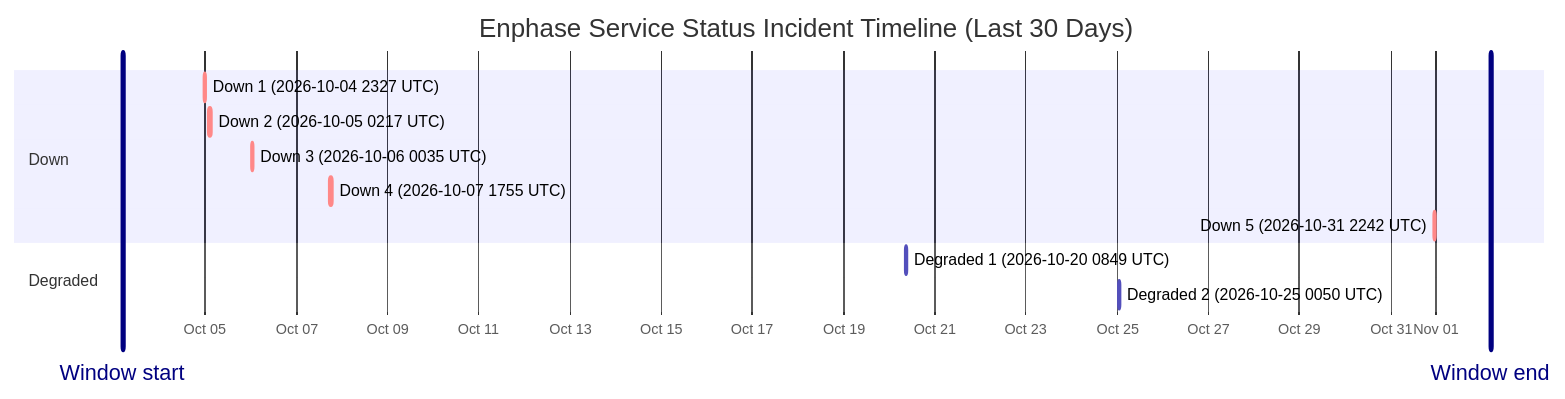
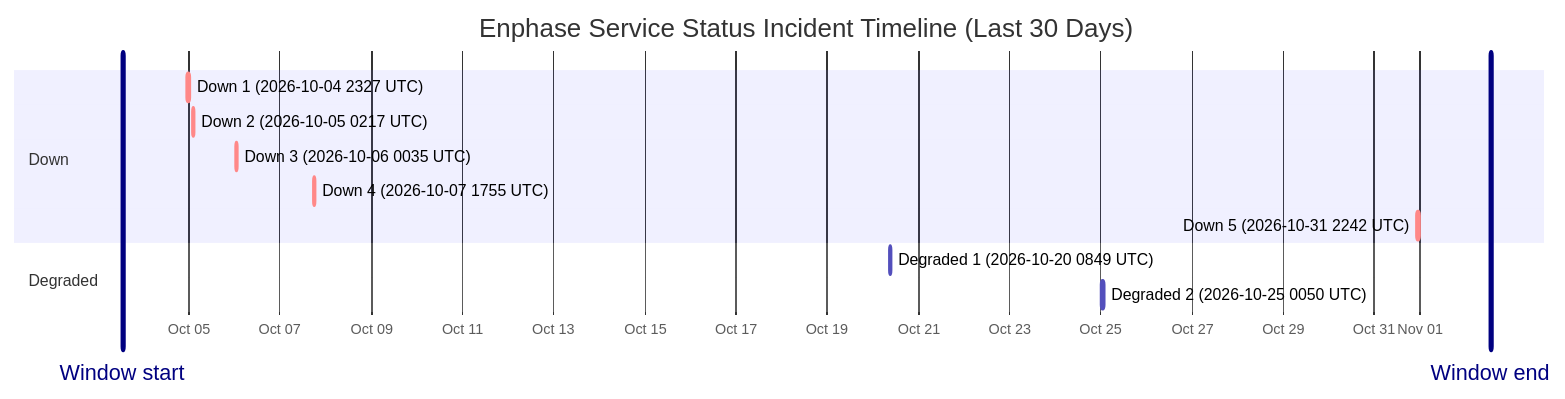
The diagram in wiki/Service-Status-History.md (barneyonline/ha-enphase-energy), drawn with Mermaid before and after one commit. The commit also changed other lines of this file and 3 other files, not shown here.

````diff
--- a/wiki/Service-Status-History.md
+++ b/wiki/Service-Status-History.md
@@ -14,17 +14,17 @@
 ```mermaid
 gantt
     title Enphase Service Status Incident Timeline (Last 30 Days)
     dateFormat  YYYY-MM-DDTHH:mm:ss
     axisFormat  %b %d
-    Window start :vert, window-start, 2026-10-03T04:31:56, 0ms
-    Window end :vert, window-end, 2026-11-02T04:31:56, 0ms
+    Window start :vert, window-start, 2026-10-03T13:05:29, 0ms
+    Window end :vert, window-end, 2026-11-02T13:05:29, 0ms
     section Down
     Down 1 (2026-10-04 2327 UTC) :crit, down-1, 2026-10-04T23:27:34, 60m
     Down 2 (2026-10-05 0217 UTC) :crit, down-2, 2026-10-05T02:17:30, 60m
     Down 3 (2026-10-06 0035 UTC) :crit, down-3, 2026-10-06T00:35:21, 60m
     Down 4 (2026-10-07 1755 UTC) :crit, down-4, 2026-10-07T17:55:16, 60m
     Down 5 (2026-10-31 2242 UTC) :crit, down-5, 2026-10-31T22:42:18, 60m
     section Degraded
     Degraded 1 (2026-10-20 0849 UTC) :active, degraded-1, 2026-10-20T08:49:49, 60m
     Degraded 2 (2026-10-25 0050 UTC) :active, degraded-2, 2026-10-25T00:50:01, 60m
 ```
````
